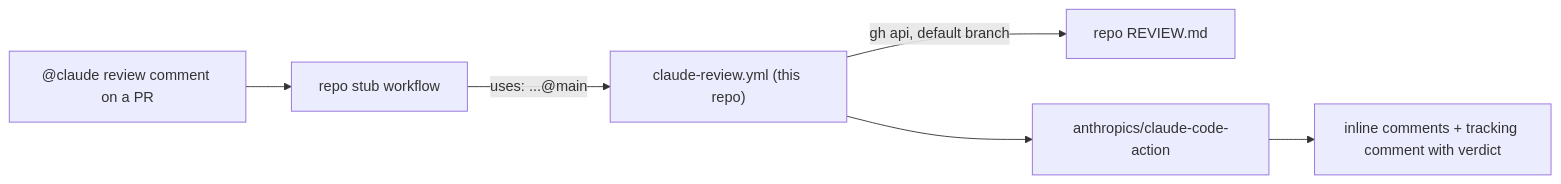
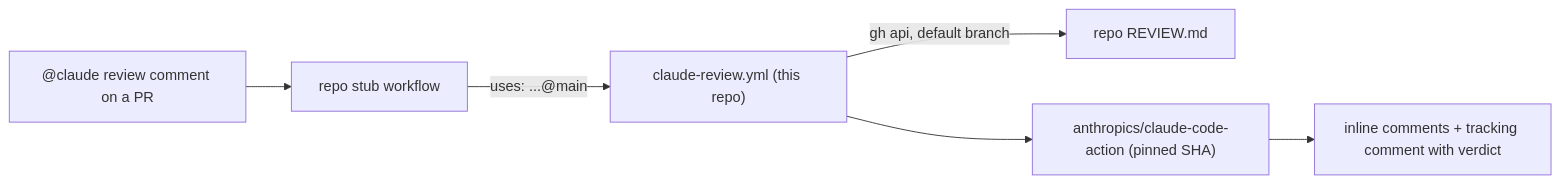
The diagram in README.md (brandonwie/claude-review), drawn with Mermaid before and after one commit. The commit also changed other lines of this file and 4 other files, not shown here.

````diff
--- a/README.md
+++ b/README.md
@@ -15,8 +21,8 @@
 ```mermaid
 flowchart LR
     C["@claude review comment on a PR"] --> S["repo stub workflow"]
     S -->|"uses: ...@main"| W["claude-review.yml (this repo)"]
     W -->|"gh api, default branch"| R["repo REVIEW.md"]
-    W --> A["anthropics/claude-code-action"]
+    W --> A["anthropics/claude-code-action (pinned SHA)"]
     A --> P["inline comments + tracking comment with verdict"]
 ```
````
